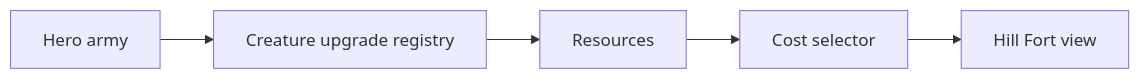
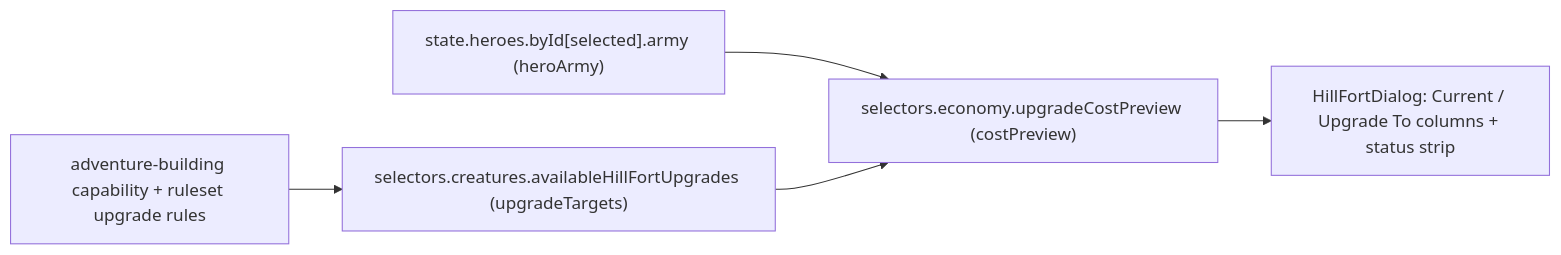
Before and after one commit to SunaNoOshiro/Heroes_Reforged_AI_Realms: the second of 5 diagrams in docs/architecture/wiki/screens/13-hill-fort/architecture.md, drawn with Mermaid. The commit also changed other lines of this file and 518 other files, not shown here.

First line of the commit message:
Add doc-audit skill and sweep architecture/screen docs

````diff
--- a/docs/architecture/wiki/screens/13-hill-fort/architecture.md
+++ b/docs/architecture/wiki/screens/13-hill-fort/architecture.md
@@ -32,8 +40,8 @@
 ```mermaid
 flowchart LR
-  L0["Hero army"] --> L1
-  L1["Creature upgrade registry"] --> L2
-  L2["Resources"] --> L3
-  L3["Cost selector"] --> L4
-  L4["Hill Fort view"]
+  L0["state.heroes.byId[selected].army (heroArmy)"] --> L3
+  L1["adventure-building capability + ruleset upgrade rules"] --> L2
+  L2["selectors.creatures.availableHillFortUpgrades (upgradeTargets)"] --> L3
+  L3["selectors.economy.upgradeCostPreview (costPreview)"] --> L4
+  L4["HillFortDialog: Current / Upgrade To columns + status strip"]
 ```
````
